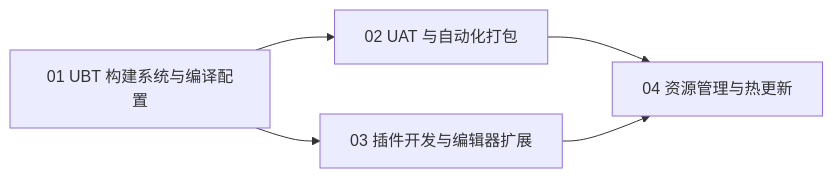
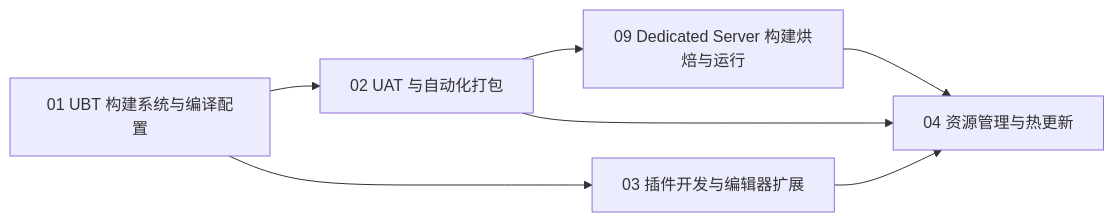
The diagram in 游戏知识/08-工具链与打包发布/README.md (fantuan812/learning), drawn with Mermaid before and after one commit. The commit also changed other lines of this file and 1 other file, not shown here.

Commit message:
新增游戏知识：UE Dedicated Server构建烘焙与运行（1篇）

````diff
--- a/游戏知识/08-工具链与打包发布/README.md
+++ b/游戏知识/08-工具链与打包发布/README.md
@@ -34,7 +36,9 @@
 ```mermaid
 flowchart LR
     A[01 UBT 构建系统与编译配置] --> B[02 UAT 与自动化打包]
     A --> C[03 插件开发与编辑器扩展]
+    B --> E[09 Dedicated Server 构建烘焙与运行]
+    E --> D[04 资源管理与热更新]
     B --> D[04 资源管理与热更新]
     C --> D
 ```
````
